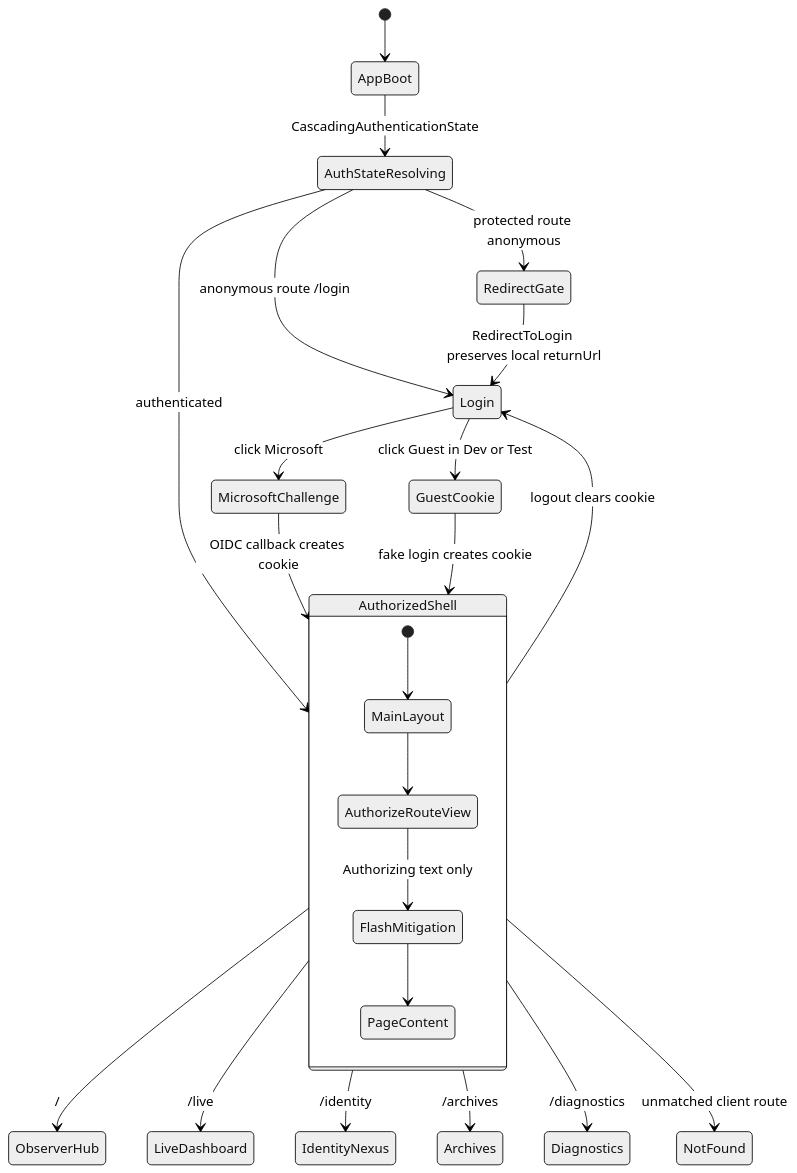
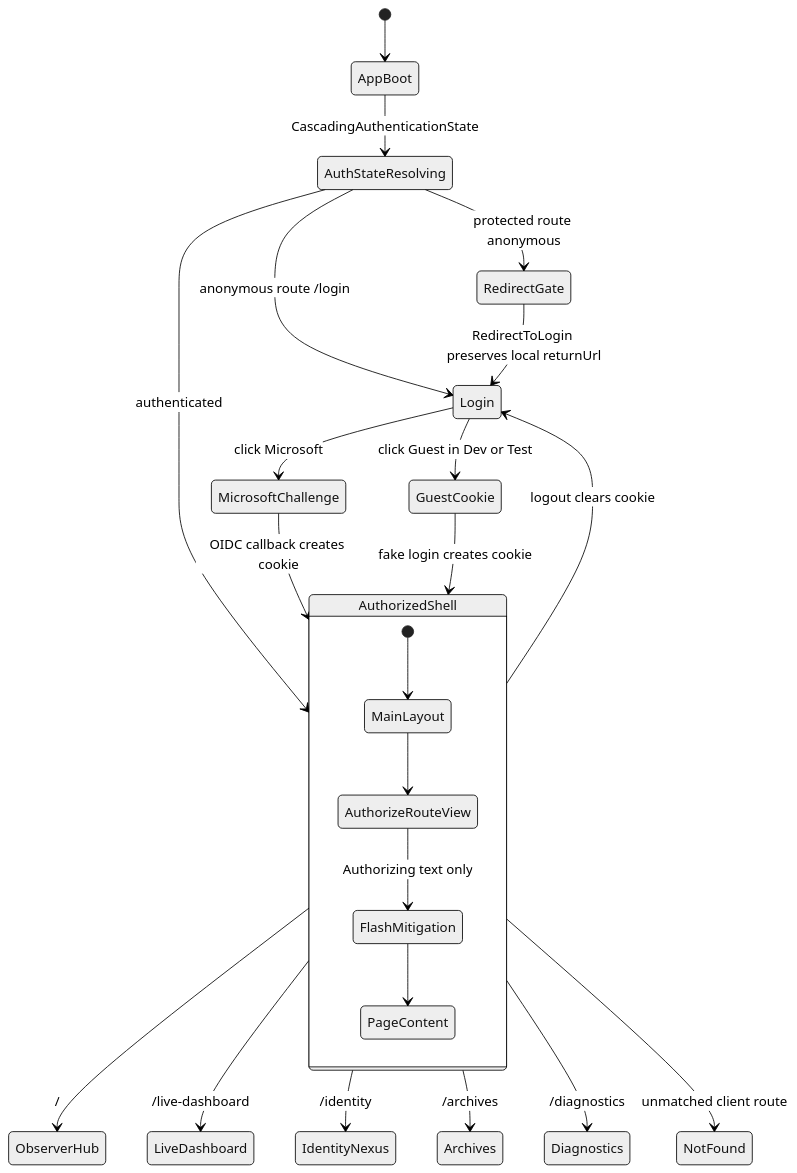
The diagram in docs/UI_Screen_Matrix.mmd (punkouter26/PoWatch), drawn with Mermaid (neutral theme) before and after one commit. The commit also changed 90 other files, not shown here.

```diff
--- a/docs/UI_Screen_Matrix.mmd
+++ b/docs/UI_Screen_Matrix.mmd
@@ -1,24 +1,24 @@
 stateDiagram-v2
     [*] --> AppBoot
     AppBoot --> AuthStateResolving: CascadingAuthenticationState
     AuthStateResolving --> Login: anonymous route /login
     AuthStateResolving --> AuthorizedShell: authenticated
     AuthStateResolving --> RedirectGate: protected route anonymous
     RedirectGate --> Login: RedirectToLogin preserves local returnUrl
     Login --> MicrosoftChallenge: click Microsoft
     Login --> GuestCookie: click Guest in Dev or Test
     MicrosoftChallenge --> AuthorizedShell: OIDC callback creates cookie
     GuestCookie --> AuthorizedShell: fake login creates cookie
     AuthorizedShell --> ObserverHub: /
-    AuthorizedShell --> LiveDashboard: /live
+    AuthorizedShell --> LiveDashboard: /live-dashboard
     AuthorizedShell --> IdentityNexus: /identity
     AuthorizedShell --> Archives: /archives
     AuthorizedShell --> Diagnostics: /diagnostics
     AuthorizedShell --> NotFound: unmatched client route
     AuthorizedShell --> Login: logout clears cookie
     state AuthorizedShell {
         [*] --> MainLayout
         MainLayout --> AuthorizeRouteView
         AuthorizeRouteView --> FlashMitigation: Authorizing text only
         FlashMitigation --> PageContent
     }
```
